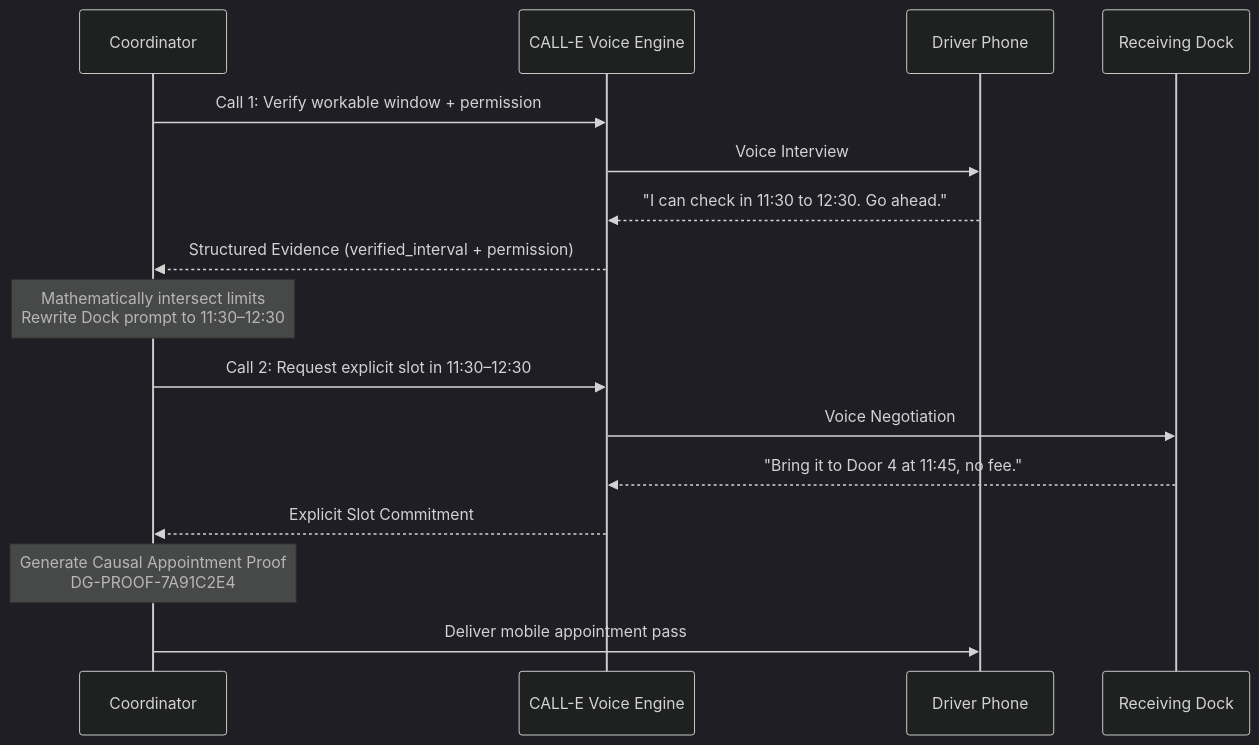
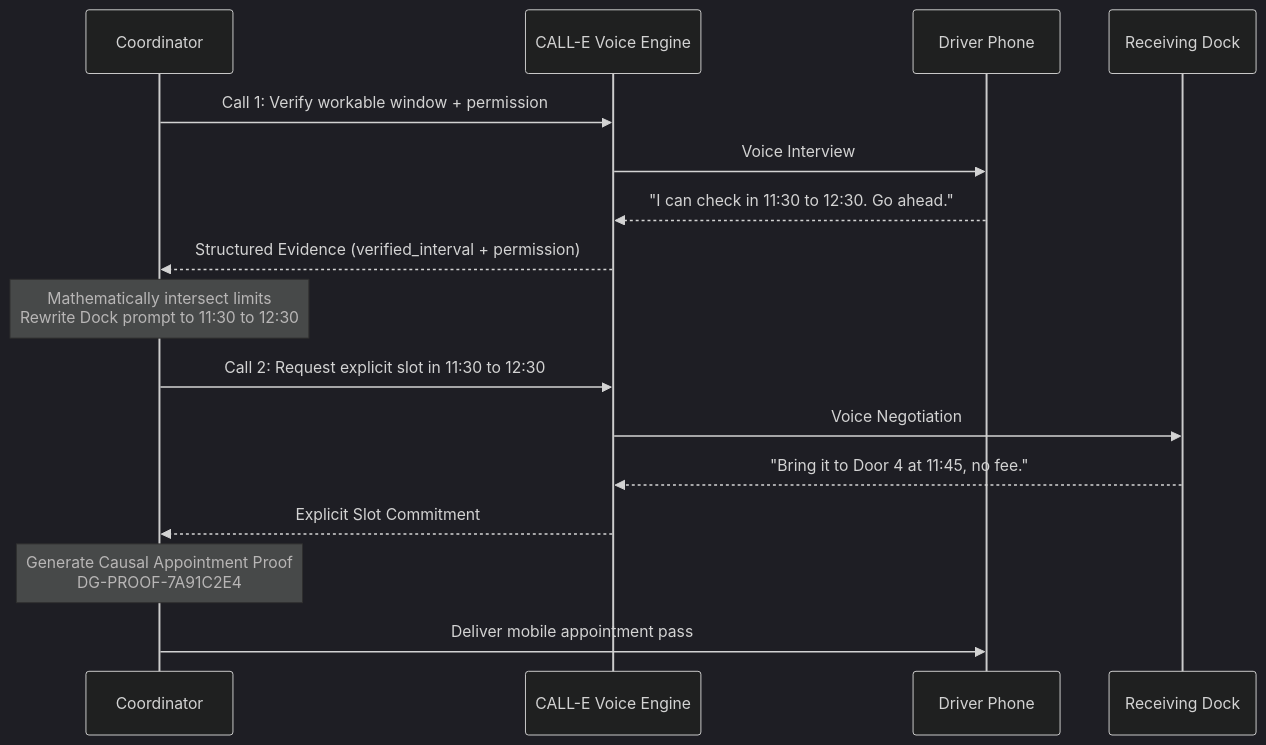
The diagram in contrib/spoken-constraint-relay/README.md (Syedsaadhhh/DwellGuard-AI), drawn with Mermaid (dark theme) before and after one commit. The commit also changed other lines of this file, not shown here.

Commit message:
style: remove synthetic dash punctuation

````diff
--- a/contrib/spoken-constraint-relay/README.md
+++ b/contrib/spoken-constraint-relay/README.md
@@ -12,22 +12,22 @@
 ```mermaid
 sequenceDiagram
     participant DwellGuard as Coordinator
     participant CALL_E as CALL-E Voice Engine
     participant Driver as Driver Phone
     participant Dock as Receiving Dock
 
     DwellGuard->>CALL_E: Call 1: Verify workable window + permission
     CALL_E->>Driver: Voice Interview
     Driver-->>CALL_E: "I can check in 11:30 to 12:30. Go ahead."
     CALL_E-->>DwellGuard: Structured Evidence (verified_interval + permission)
 
-    Note over DwellGuard: Mathematically intersect limits<br/>Rewrite Dock prompt to 11:30–12:30
+    Note over DwellGuard: Mathematically intersect limits<br/>Rewrite Dock prompt to 11:30 to 12:30
 
-    DwellGuard->>CALL_E: Call 2: Request explicit slot in 11:30–12:30
+    DwellGuard->>CALL_E: Call 2: Request explicit slot in 11:30 to 12:30
     CALL_E->>Dock: Voice Negotiation
     Dock-->>CALL_E: "Bring it to Door 4 at 11:45, no fee."
     CALL_E-->>DwellGuard: Explicit Slot Commitment
 
     Note over DwellGuard: Generate Causal Appointment Proof<br/>DG-PROOF-7A91C2E4
     DwellGuard->>Driver: Deliver mobile appointment pass
 ```
````
